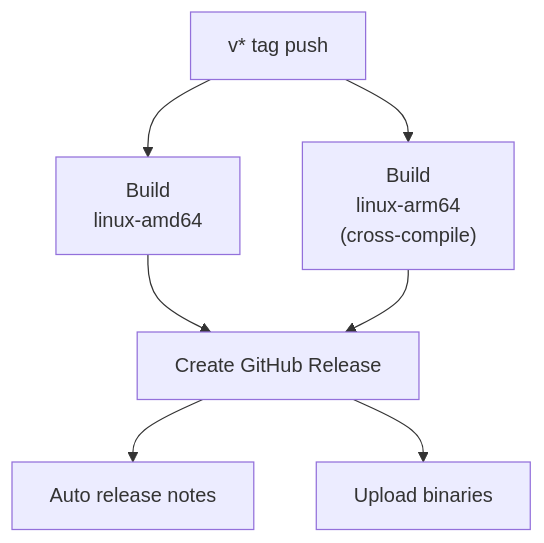
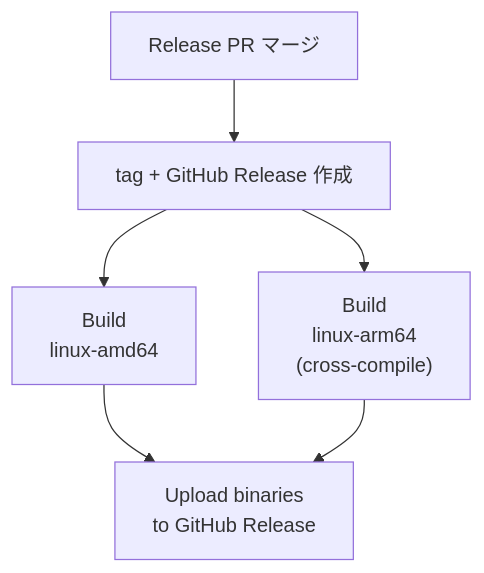
Before and after one commit to rurusasu/article-collector: the third of 3 diagrams in docs/ci-cd/README.md, drawn with Mermaid. The commit also changed other lines of this file and 6 other files, not shown here.

````diff
--- a/docs/ci-cd/README.md
+++ b/docs/ci-cd/README.md
@@ -44,11 +77,8 @@
 ```mermaid
 graph TB
-  tag["v* tag push"] --> amd64["Build<br/>linux-amd64"]
+  rp_merge["Release PR マージ"] --> tag["tag + GitHub Release 作成"]
+  tag --> amd64["Build<br/>linux-amd64"]
   tag --> arm64["Build<br/>linux-arm64<br/>(cross-compile)"]
-
-  amd64 --> release["Create GitHub Release"]
-  arm64 --> release
-
-  release --> notes["Auto release notes"]
-  release --> upload["Upload binaries"]
+  amd64 --> upload["Upload binaries<br/>to GitHub Release"]
+  arm64 --> upload
 ```
````
